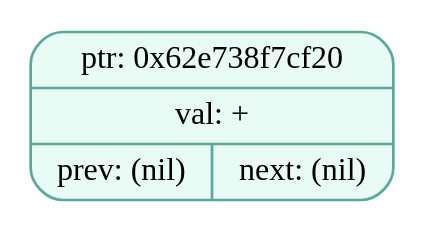
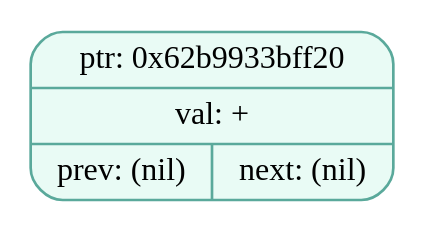
The diagram in dumps/tree_dump_000.dot (EvilTomato9890/Difference), drawn with Graphviz before and after one commit. The commit also changed 42 other files, not shown here.

```diff
--- a/dumps/tree_dump_000.dot
+++ b/dumps/tree_dump_000.dot
@@ -1,5 +1,5 @@
 digraph T{
   node [fontname="Fira Mono",shape=record,style="filled,rounded",fontsize=12];
   graph [splines=true, nodesep=0.6, ranksep=0.6];
-  node_0x62e738f7cf20[shape=record,label="{ {ptr: 0x62e738f7cf20} | {val: +} | { prev: (nil) | next: (nil) } }",color="#5aa99b",fillcolor="#e9fbf5"];
+  node_0x62b9933bff20[shape=record,label="{ {ptr: 0x62b9933bff20} | {val: +} | { prev: (nil) | next: (nil) } }",color="#5aa99b",fillcolor="#e9fbf5"];
 }
```
